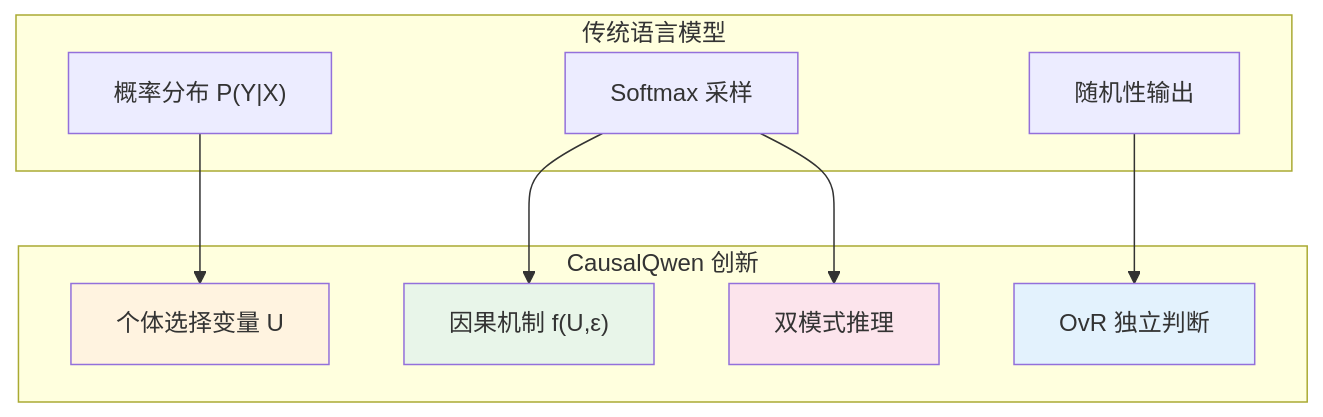
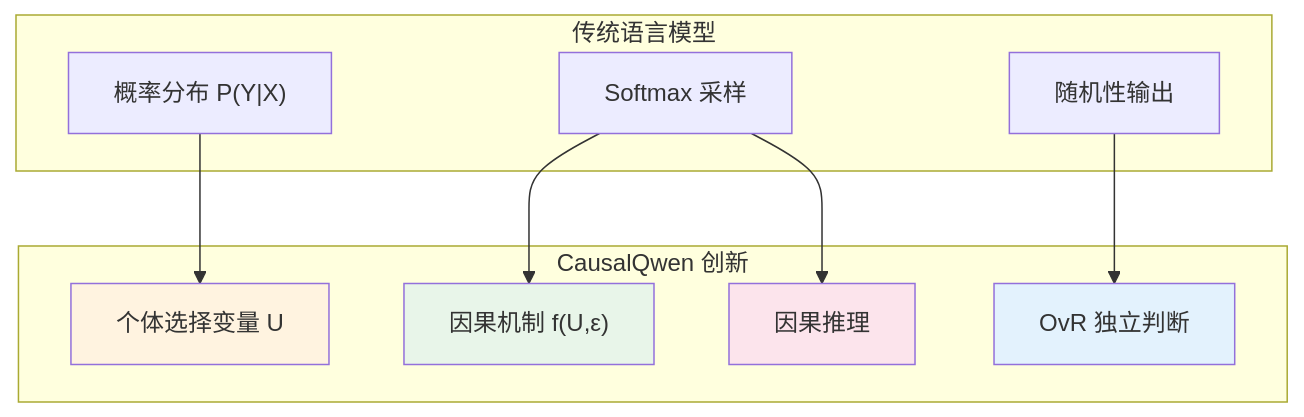
Diagram 12 of 12 in docs/core_mathematical_framework.md (1587causalai/CausalQwen), drawn with Mermaid before and after one commit. The commit also changed other lines of this file, not shown here.

````diff
--- a/docs/core_mathematical_framework.md
+++ b/docs/core_mathematical_framework.md
@@ -909,25 +930,25 @@
 ```mermaid
 graph TB
     subgraph "传统语言模型"
         T1["概率分布 P(Y|X)"]
         T2["Softmax 采样"]
         T3["随机性输出"]
     end
     
     subgraph "CausalQwen 创新"
         C1["个体选择变量 U"]
         C2["因果机制 f(U,ε)"]
         C3["OvR 独立判断"]
-        C4["双模式推理"]
+        C4["因果推理"]
     end
     
     T1 --> C1
     T2 --> C2
     T3 --> C3
     T2 --> C4
     
     style C1 fill:#fff3e0
     style C2 fill:#e8f5e9
     style C3 fill:#e3f2fd
     style C4 fill:#fce4ec
 ```
````
